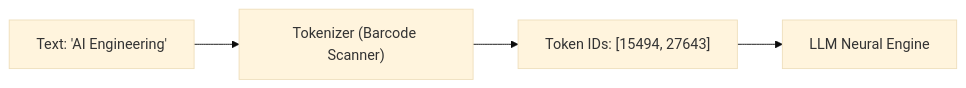
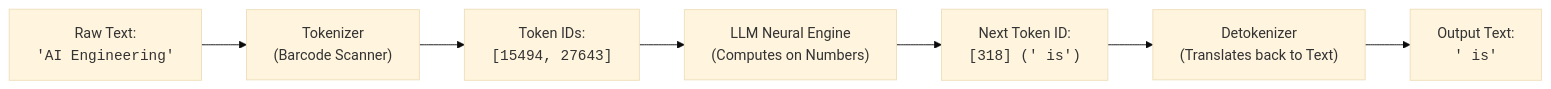
The first of 9 diagrams in 02-llm-api-fundamentals/02-tokens/README.md (mr-mk-dev/py-ai-craft), drawn with Mermaid (base theme) before and after one commit. The commit also changed other lines of this file and 114 other files, not shown here.

Commit message:
Full RoadMap .md file Completed

````diff
--- a/02-llm-api-fundamentals/02-tokens/README.md
+++ b/02-llm-api-fundamentals/02-tokens/README.md
@@ -32,6 +34,9 @@
 ```mermaid
 flowchart LR
-    Text["Text: 'AI Engineering'"] --> Tokenizer["Tokenizer (Barcode Scanner)"]
-    Tokenizer --> IDs["Token IDs: [15494, 27643]"]
-    IDs --> Model["LLM Neural Engine"]
+    RawText["Raw Text:<br><code>'AI Engineering'</code>"] --> Tokenizer["Tokenizer<br>(Barcode Scanner)"]
+    Tokenizer --> TokenIDs["Token IDs:<br><code>[15494, 27643]</code>"]
+    TokenIDs --> NeuralNet["LLM Neural Engine<br>(Computes on Numbers)"]
+    NeuralNet --> OutputID["Next Token ID:<br><code>[318] (' is')</code>"]
+    OutputID --> Detokenizer["Detokenizer<br>(Translates back to Text)"]
+    Detokenizer --> FinalText["Output Text:<br><code>' is'</code>"]
 ```
````
